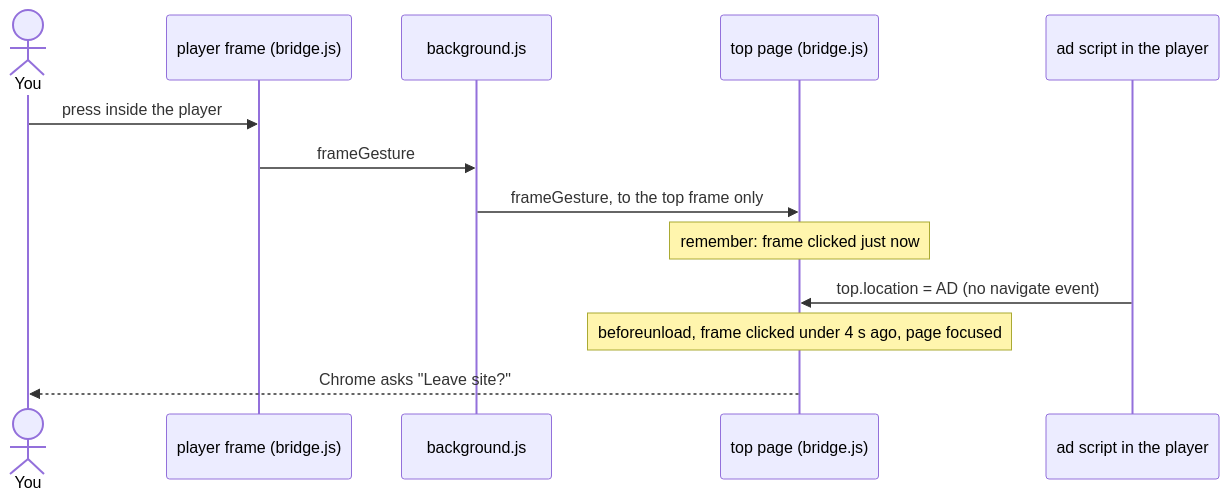
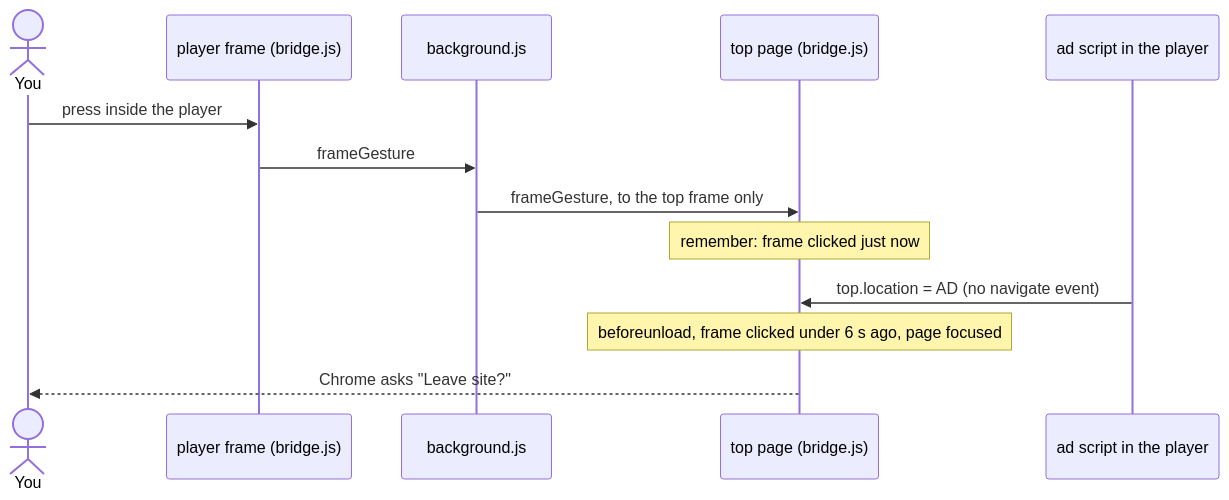
The third of 3 diagrams in docs/learn/03-popshield.md (madironman/popshield), drawn with Mermaid before and after one commit. The commit also changed other lines of this file and 23 other files, not shown here.

````diff
--- a/docs/learn/03-popshield.md
+++ b/docs/learn/03-popshield.md
@@ -360,16 +497,16 @@
 ```mermaid
 sequenceDiagram
     actor U as You
     participant CB as player frame (bridge.js)
     participant SW as background.js
     participant TB as top page (bridge.js)
     participant AD as ad script in the player
 
     U->>CB: press inside the player
     CB->>SW: frameGesture
     SW->>TB: frameGesture, to the top frame only
     Note over TB: remember: frame clicked just now
     AD->>TB: top.location = AD (no navigate event)
-    Note over TB: beforeunload, frame clicked under 4 s ago, page focused
+    Note over TB: beforeunload, frame clicked under 6 s ago, page focused
     TB-->>U: Chrome asks "Leave site?"
 ```
````
